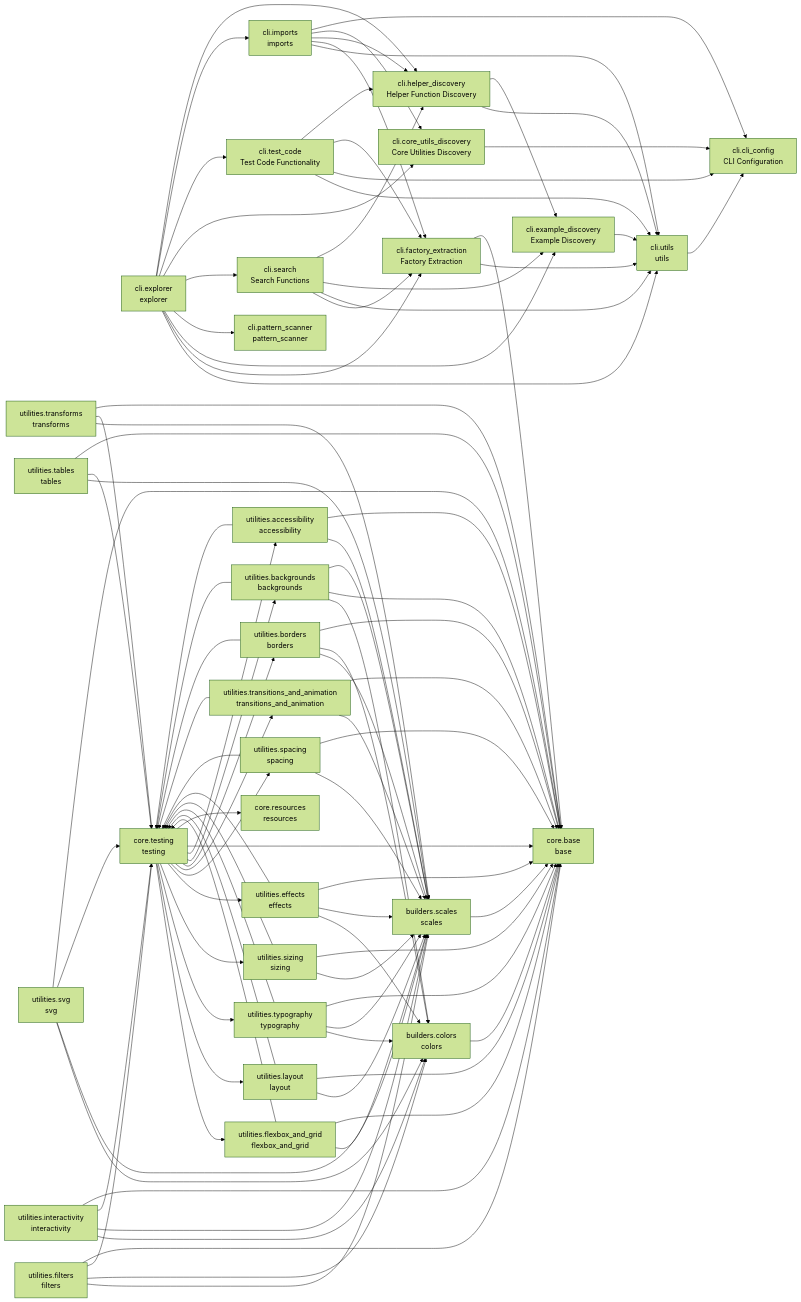
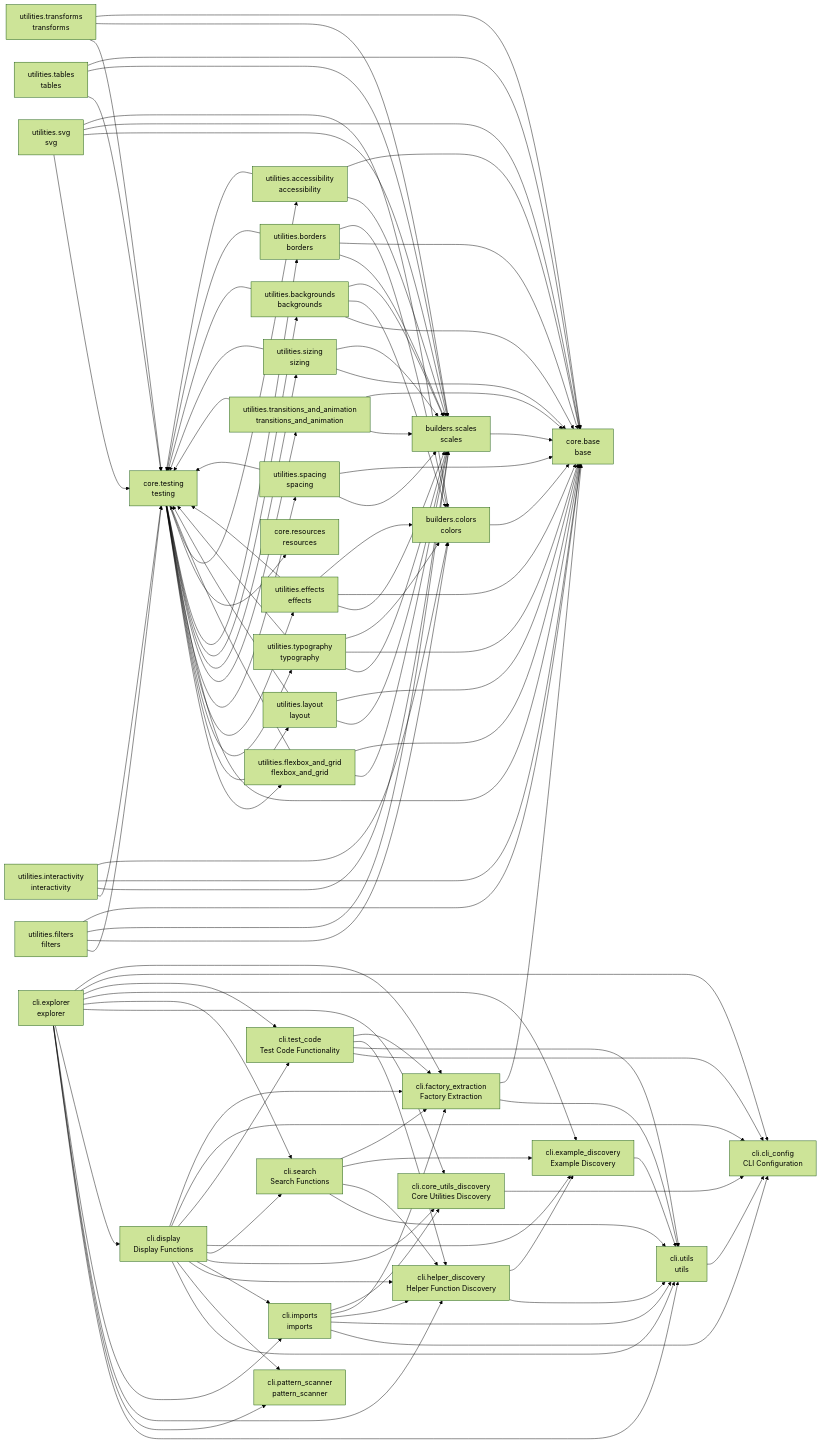
Before and after one commit to cj-mills/cjm-fasthtml-tailwind: the diagram in README.md, drawn with Mermaid (forest theme). The commit also changed other lines of this file and 12 other files, not shown here.

Commit message:
Update CLI tool to use config-based approach and update discover_utility_modules to also find submodules.

````diff
--- a/README.md
+++ b/README.md
@@ -58,6 +59,7 @@
     builders_scales[builders.scales<br/>scales]
     cli_cli_config[cli.cli_config<br/>CLI Configuration]
     cli_core_utils_discovery[cli.core_utils_discovery<br/>Core Utilities Discovery]
+    cli_display[cli.display<br/>Display Functions]
     cli_example_discovery[cli.example_discovery<br/>Example Discovery]
     cli_explorer[cli.explorer<br/>explorer]
     cli_factory_extraction[cli.factory_extraction<br/>Factory Extraction]
@@ -89,96 +91,108 @@
     builders_colors --> core_base
     builders_scales --> core_base
     cli_core_utils_discovery --> cli_cli_config
+    cli_display --> cli_utils
+    cli_display --> cli_pattern_scanner
+    cli_display --> cli_helper_discovery
+    cli_display --> cli_imports
+    cli_display --> cli_core_utils_discovery
+    cli_display --> cli_search
+    cli_display --> cli_example_discovery
+    cli_display --> cli_test_code
+    cli_display --> cli_cli_config
+    cli_display --> cli_factory_extraction
     cli_example_discovery --> cli_utils
     cli_explorer --> cli_utils
+    cli_explorer --> cli_pattern_scanner
+    cli_explorer --> cli_helper_discovery
+    cli_explorer --> cli_imports
+    cli_explorer --> cli_display
+    cli_explorer --> cli_core_utils_discovery
+    cli_explorer --> cli_search
+    cli_explorer --> cli_example_discovery
+    cli_explorer --> cli_test_code
+    cli_explorer --> cli_cli_config
     cli_explorer --> cli_factory_extraction
-    cli_explorer --> cli_example_discovery
-    cli_explorer --> cli_pattern_scanner
-    cli_explorer --> cli_search
-    cli_explorer --> cli_core_utils_discovery
-    cli_explorer --> cli_test_code
-    cli_explorer --> cli_imports
-    cli_explorer --> cli_helper_discovery
     cli_factory_extraction --> cli_utils
     cli_factory_extraction --> core_base
     cli_helper_discovery --> cli_utils
     cli_helper_discovery --> cli_example_discovery
+    cli_imports --> cli_cli_config
     cli_imports --> cli_utils
+    cli_imports --> cli_helper_discovery
     cli_imports --> cli_factory_extraction
-    cli_imports --> cli_helper_discovery
     cli_imports --> cli_core_utils_discovery
-    cli_imports --> cli_cli_config
+    cli_search --> cli_utils
+    cli_search --> cli_helper_discovery
+    cli_search --> cli_example_discovery
     cli_search --> cli_factory_extraction
-    cli_search --> cli_utils
-    cli_search --> cli_example_discovery
-    cli_search --> cli_helper_discovery
+    cli_test_code --> cli_cli_config
     cli_test_code --> cli_utils
-    cli_test_code --> cli_cli_config
+    cli_test_code --> cli_helper_discovery
     cli_test_code --> cli_factory_extraction
-    cli_test_code --> cli_helper_discovery
     cli_utils --> cli_cli_config
     core_testing --> utilities_flexbox_and_grid
     core_testing --> utilities_layout
     core_testing --> utilities_typography
-    core_testing --> utilities_sizing
     core_testing --> utilities_effects
     core_testing --> utilities_spacing
+    core_testing --> core_base
     core_testing --> utilities_transitions_and_animation
+    core_testing --> utilities_sizing
+    core_testing --> utilities_backgrounds
     core_testing --> utilities_borders
-    core_testing --> utilities_backgrounds
+    core_testing --> core_resources
     core_testing --> utilities_accessibility
-    core_testing --> core_base
-    core_testing --> core_resources
     utilities_accessibility --> builders_scales
     utilities_accessibility --> core_testing
     utilities_accessibility --> core_base
-    utilities_backgrounds --> builders_colors
     utilities_backgrounds --> core_testing
     utilities_backgrounds --> core_base
+    utilities_backgrounds --> builders_colors
     utilities_backgrounds --> builders_scales
+    utilities_borders --> core_testing
     utilities_borders --> builders_scales
+    utilities_borders --> core_base
     utilities_borders --> builders_colors
-    utilities_borders --> core_testing
-    utilities_borders --> core_base
+    utilities_effects --> core_testing
+    utilities_effects --> builders_scales
+    utilities_effects --> core_base
     utilities_effects --> builders_colors
-    utilities_effects --> builders_scales
-    utilities_effects --> core_testing
-    utilities_effects --> core_base
+    utilities_filters --> core_testing
+    utilities_filters --> builders_colors
     utilities_filters --> builders_scales
-    utilities_filters --> builders_colors
-    utilities_filters --> core_testing
     utilities_filters --> core_base
+    utilities_flexbox_and_grid --> core_testing
     utilities_flexbox_and_grid --> builders_scales
-    utilities_flexbox_and_grid --> core_testing
     utilities_flexbox_and_grid --> core_base
+    utilities_interactivity --> core_testing
+    utilities_interactivity --> builders_scales
+    utilities_interactivity --> core_base
     utilities_interactivity --> builders_colors
-    utilities_interactivity --> builders_scales
-    utilities_interactivity --> core_testing
-    utilities_interactivity --> core_base
+    utilities_layout --> core_testing
     utilities_layout --> builders_scales
-    utilities_layout --> core_testing
     utilities_layout --> core_base
-    utilities_sizing --> builders_scales
     utilities_sizing --> core_testing
     utilities_sizing --> core_base
+    utilities_sizing --> builders_scales
+    utilities_spacing --> core_testing
     utilities_spacing --> builders_scales
-    utilities_spacing --> core_testing
     utilities_spacing --> core_base
+    utilities_svg --> core_testing
+    utilities_svg --> builders_scales
+    utilities_svg --> core_base
     utilities_svg --> builders_colors
-    utilities_svg --> builders_scales
-    utilities_svg --> core_testing
-    utilities_svg --> core_base
+    utilities_tables --> core_testing
     utilities_tables --> builders_scales
-    utilities_tables --> core_testing
     utilities_tables --> core_base
+    utilities_transforms --> core_testing
     utilities_transforms --> builders_scales
-    utilities_transforms --> core_testing
     utilities_transforms --> core_base
+    utilities_transitions_and_animation --> core_testing
     utilities_transitions_and_animation --> builders_scales
-    utilities_transitions_and_animation --> core_testing
     utilities_transitions_and_animation --> core_base
+    utilities_typography --> core_testing
+    utilities_typography --> builders_scales
+    utilities_typography --> core_base
     utilities_typography --> builders_colors
-    utilities_typography --> builders_scales
-    utilities_typography --> core_testing
-    utilities_typography --> core_base
 ```
````
